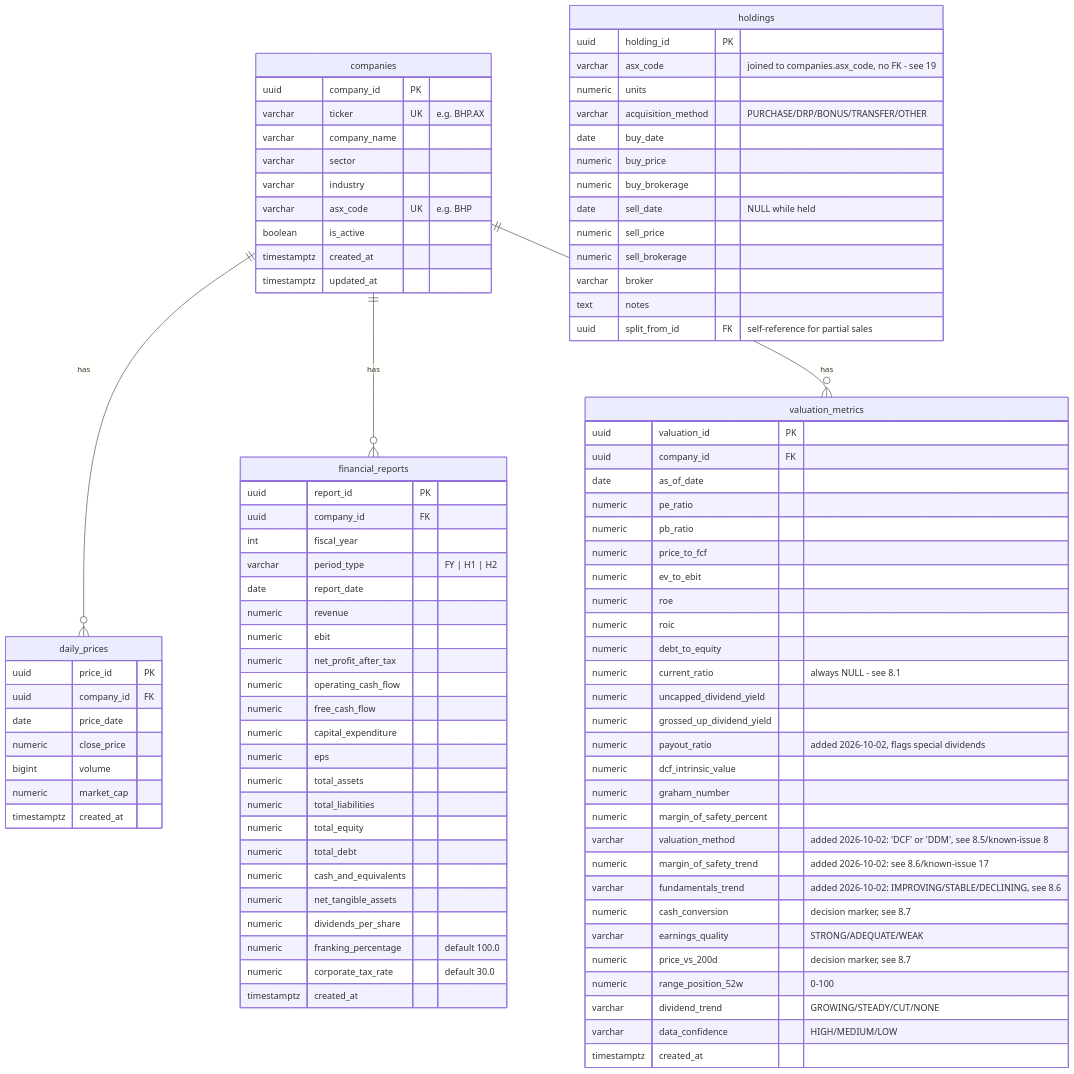
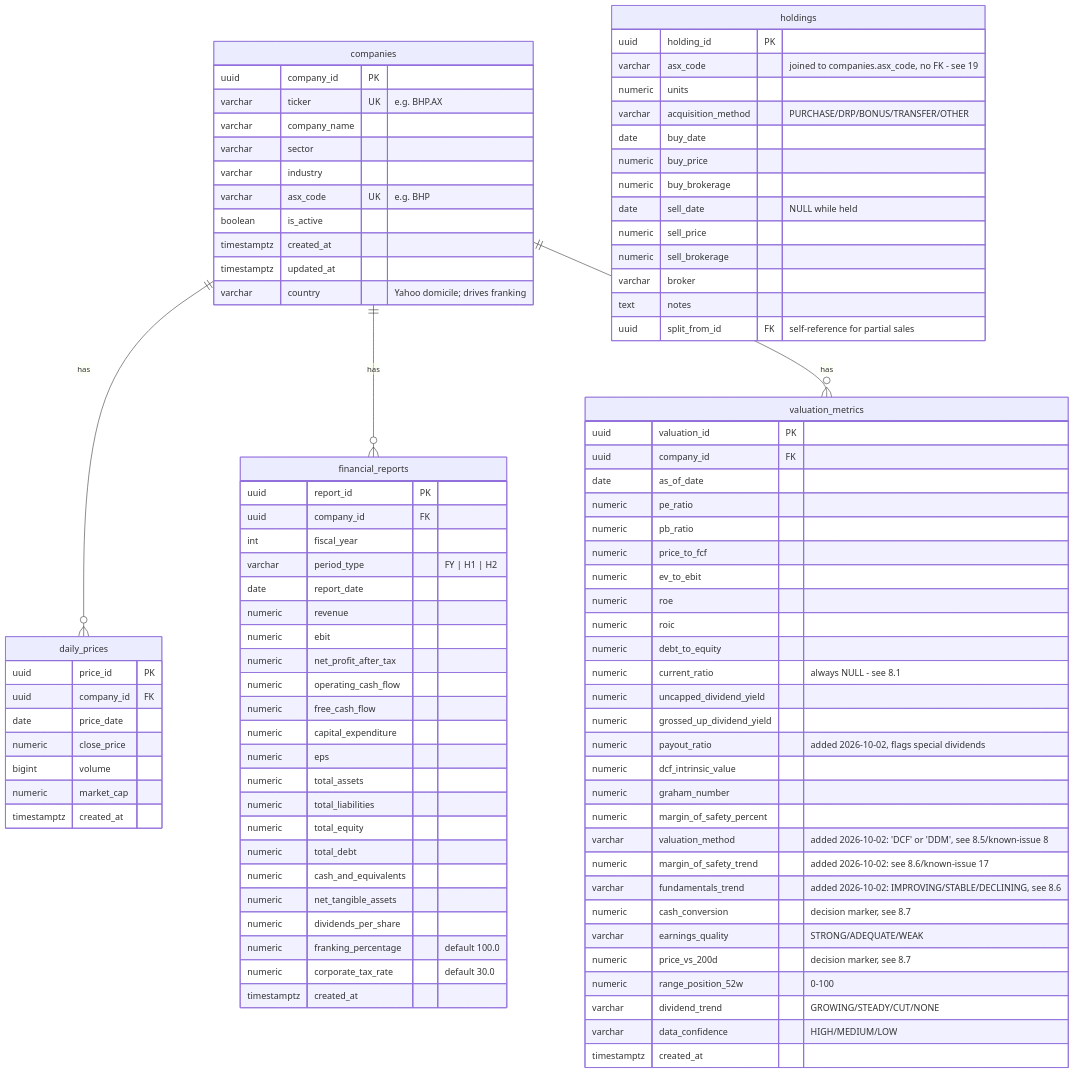
The second of 2 diagrams in docs/AS_BUILT.md (davidstangherlin/Portfolio), drawn with Mermaid before and after one commit. The commit also changed other lines of this file and 14 other files, not shown here.

First line of the commit message:
Flag only standing dividend cuts, unfrank foreign listings, auto-apply schema

```diff
--- a/docs/AS_BUILT.md
+++ b/docs/AS_BUILT.md
@@ -152,6 +152,7 @@
         boolean is_active
         timestamptz created_at
         timestamptz updated_at
+        varchar country "Yahoo domicile; drives franking"
     }
     daily_prices {
         uuid price_id PK
```
